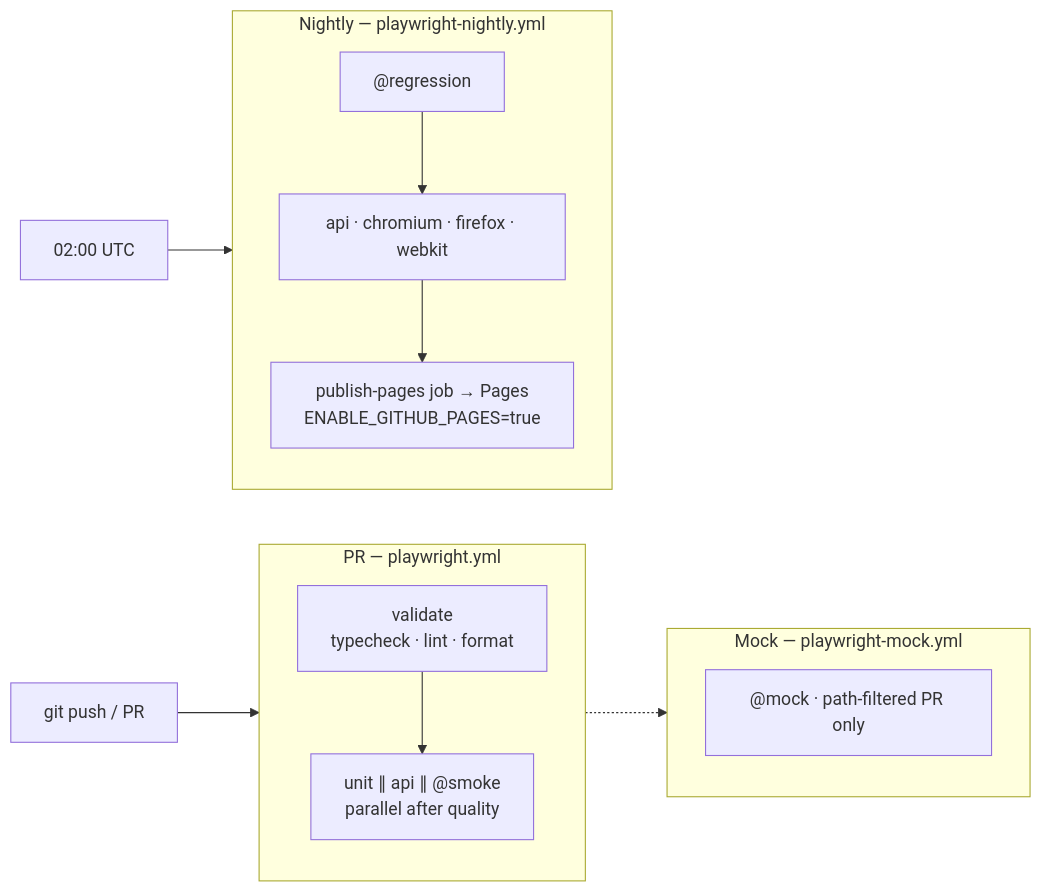
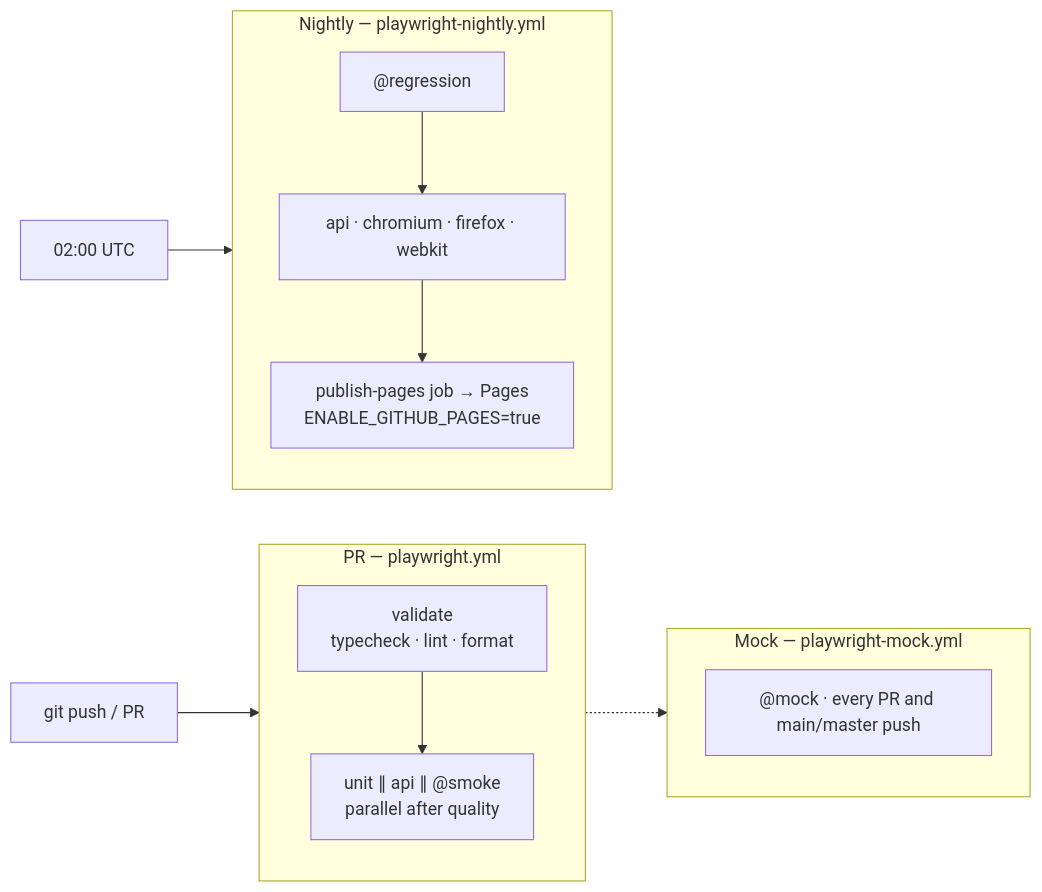
The eighth of 10 diagrams in docs/ARCHITECTURE.md (hemantjanrao/playwright-learning), drawn with Mermaid before and after one commit. The commit also changed other lines of this file and 35 other files, not shown here.

````diff
--- a/docs/ARCHITECTURE.md
+++ b/docs/ARCHITECTURE.md
@@ -328,25 +329,25 @@
 ```mermaid
 flowchart LR
     subgraph PR["PR — playwright.yml"]
         direction TB
         P1["validate<br/>typecheck · lint · format"]
         P2["unit ∥ api ∥ @smoke<br/>parallel after quality"]
         P1 --> P2
     end
 
     subgraph NIGHTLY["Nightly — playwright-nightly.yml"]
         direction TB
         N1["@regression"]
         N2["api · chromium · firefox · webkit"]
         N3["publish-pages job → Pages<br/>ENABLE_GITHUB_PAGES=true"]
         N1 --> N2 --> N3
     end
 
     subgraph MOCK["Mock — playwright-mock.yml"]
-        M1["@mock · path-filtered PR only"]
+        M1["@mock · every PR and main/master push"]
     end
 
     PUSH["git push / PR"] --> PR
     CRON["02:00 UTC"] --> NIGHTLY
     PR -.-> MOCK
 ```
````
